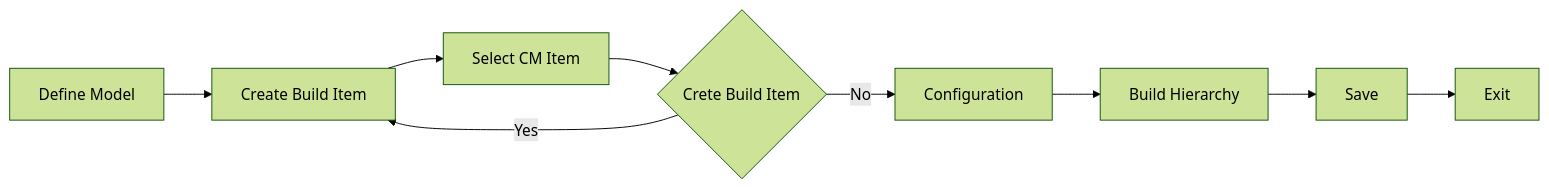
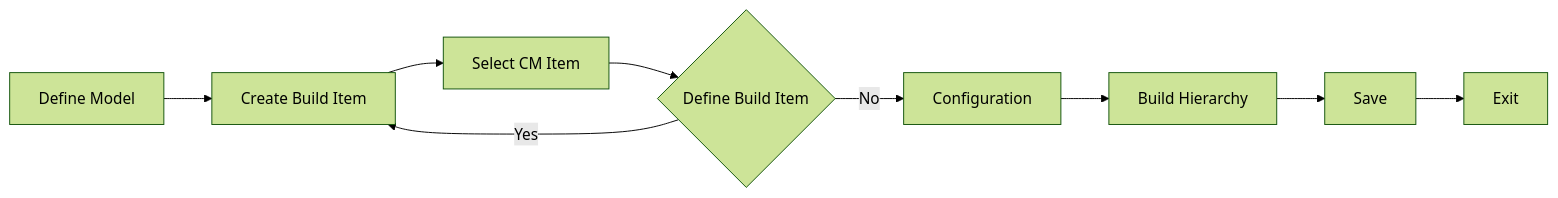
Before and after one commit to codersyacht/maximo-knowledge-center: the diagram in maximo/docs/asset-configuration-manager/models(cm)/models(cm).md, drawn with Mermaid (forest theme).

Commit message:
models(cm).md

````diff
--- a/maximo/docs/asset-configuration-manager/models(cm)/models(cm).md
+++ b/maximo/docs/asset-configuration-manager/models(cm)/models(cm).md
@@ -16,11 +16,11 @@
 ```mermaid
 graph LR
 A[Define Model] --> B[Create Build Item]
 B --> C[Select CM Item]
-C --> D{Crete Build Item}
+C --> D{Define Build Item}
 D -->|Yes|B
 D -->|No| E[Configuration]
 E --> F[Build Hierarchy]
 F --> G[Save]
 G --> H[Exit]
 ```
````
